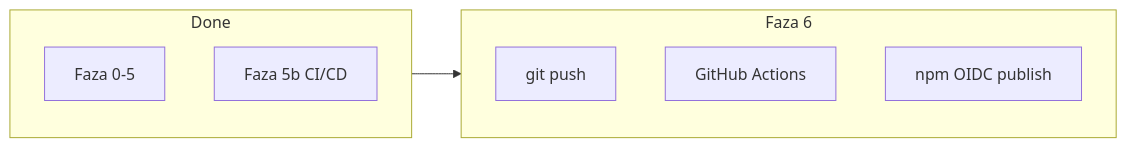
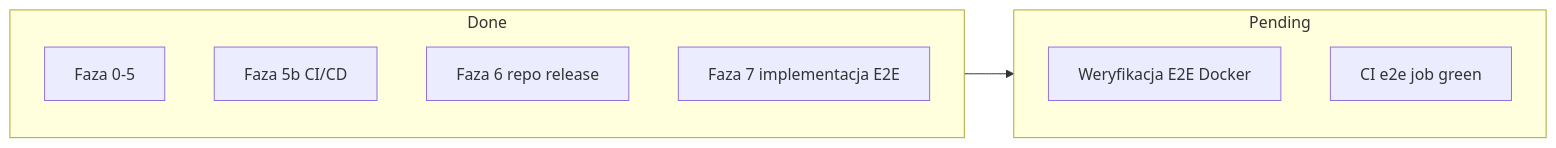
One commit to kacperpaczos/Awesome-Pushup-Standards changed the diagram in PLAN.md. Above: the diagram before and after it, drawn with Mermaid. The commit also changed other lines of this file and 2 other files, not shown here.

Commit message:
docs: update README, CONTRIBUTING, and PLAN for E2E phase

````diff
--- a/PLAN.md
+++ b/PLAN.md
@@ -289,15 +290,16 @@
 ```mermaid
 flowchart LR
   subgraph done [Done]
     F0[Faza 0-5]
     F5b[Faza 5b CI/CD]
+    F6[Faza 6 repo release]
+    F7impl[Faza 7 implementacja E2E]
   end
 
-  subgraph active [Faza 6]
-    Git[git push]
-    CI[GitHub Actions]
-    NPM[npm OIDC publish]
+  subgraph pending [Pending]
+    F7verify[Weryfikacja E2E Docker]
+    CIe2e[CI e2e job green]
   end
 
-  done --> active
+  done --> pending
 ```
````
